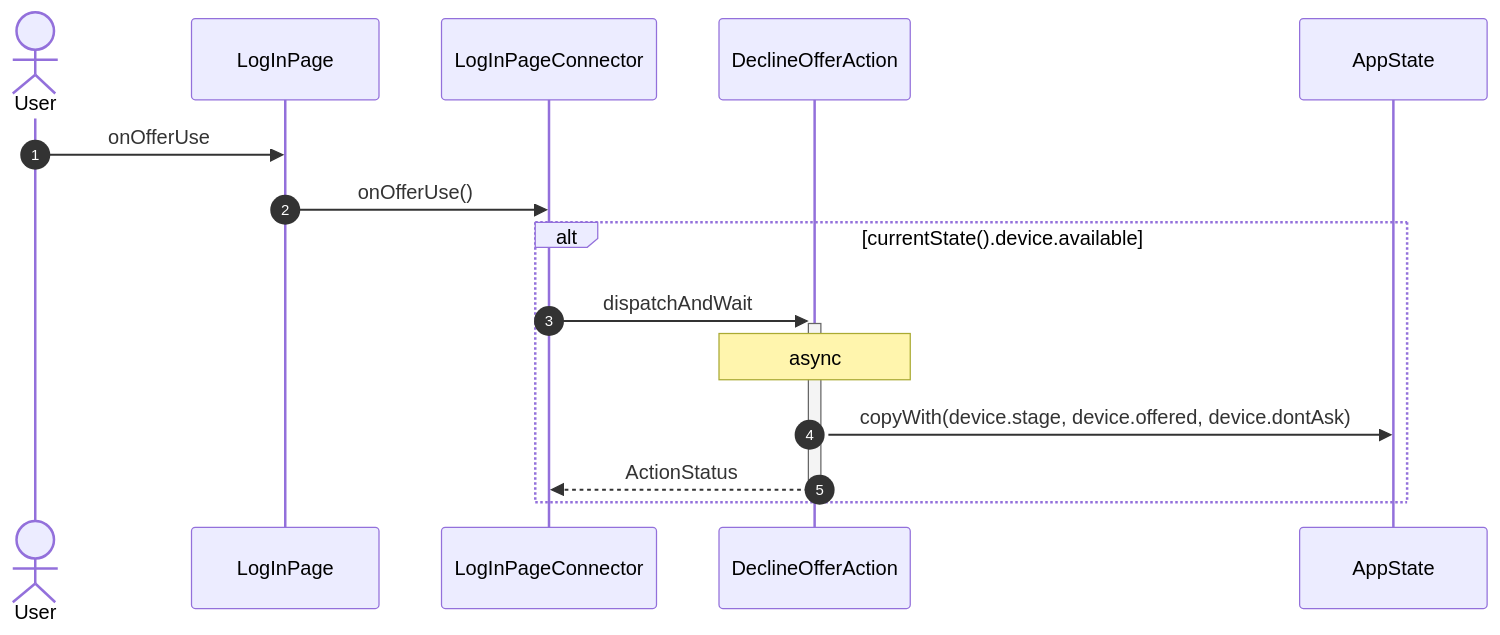
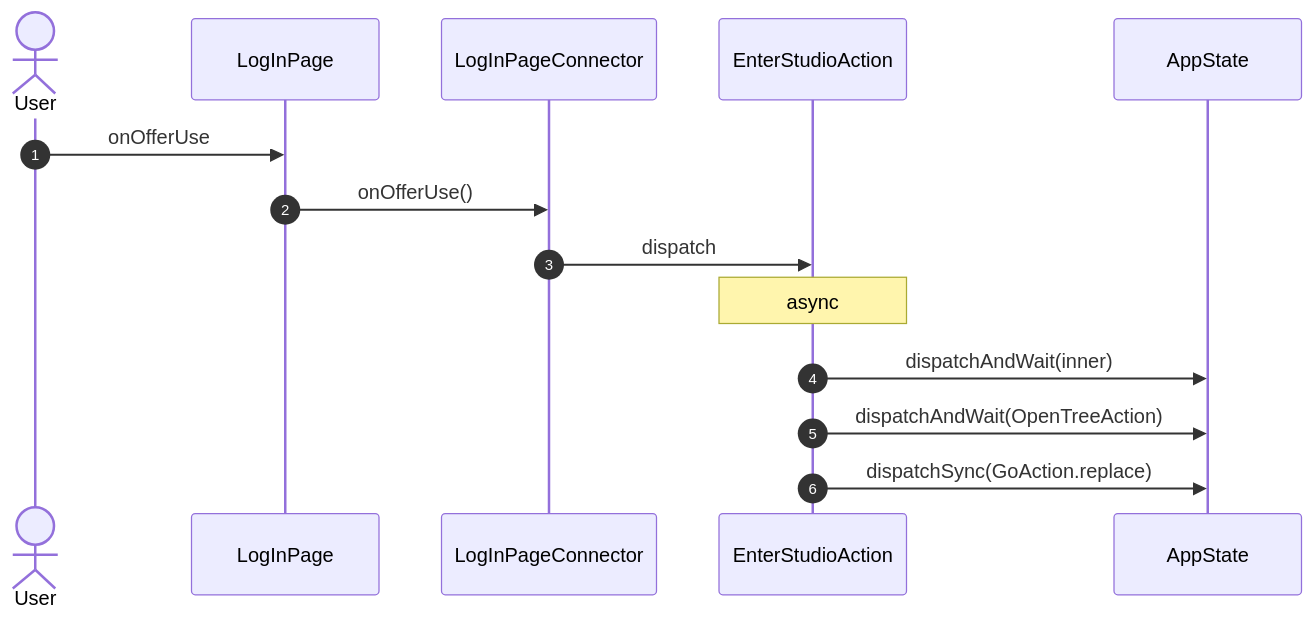
Before and after one commit to gencto/wyrm: diagram 13 of 19 in studio/docs/flows/logIn.md, drawn with Mermaid. The commit also changed other lines of this file and 90 other files, not shown here.

First line of the commit message:
studio: log-in: typed values, words in ui, one action per intent

````diff
--- a/studio/docs/flows/logIn.md
+++ b/studio/docs/flows/logIn.md
@@ -157,18 +252,17 @@
 ```mermaid
 sequenceDiagram
     autonumber
     actor User
     participant UI as LogInPage
     participant VM as LogInPageConnector
-    participant A1 as DeclineOfferAction
+    participant A1 as EnterStudioAction
     participant ST as AppState
 
     User->>UI: onOfferUse
     UI->>VM: onOfferUse()
-    alt currentState().device.available
-        VM->>+A1: dispatchAndWait
-        Note over A1: async
-        A1->>ST: copyWith(device.stage, device.offered, device.dontAsk)
-        A1-->>-VM: ActionStatus
-    end
+    VM->>A1: dispatch
+    Note over A1: async
+    A1->>ST: dispatchAndWait(inner)
+    A1->>ST: dispatchAndWait(OpenTreeAction)
+    A1->>ST: dispatchSync(GoAction.replace)
 ```
````
